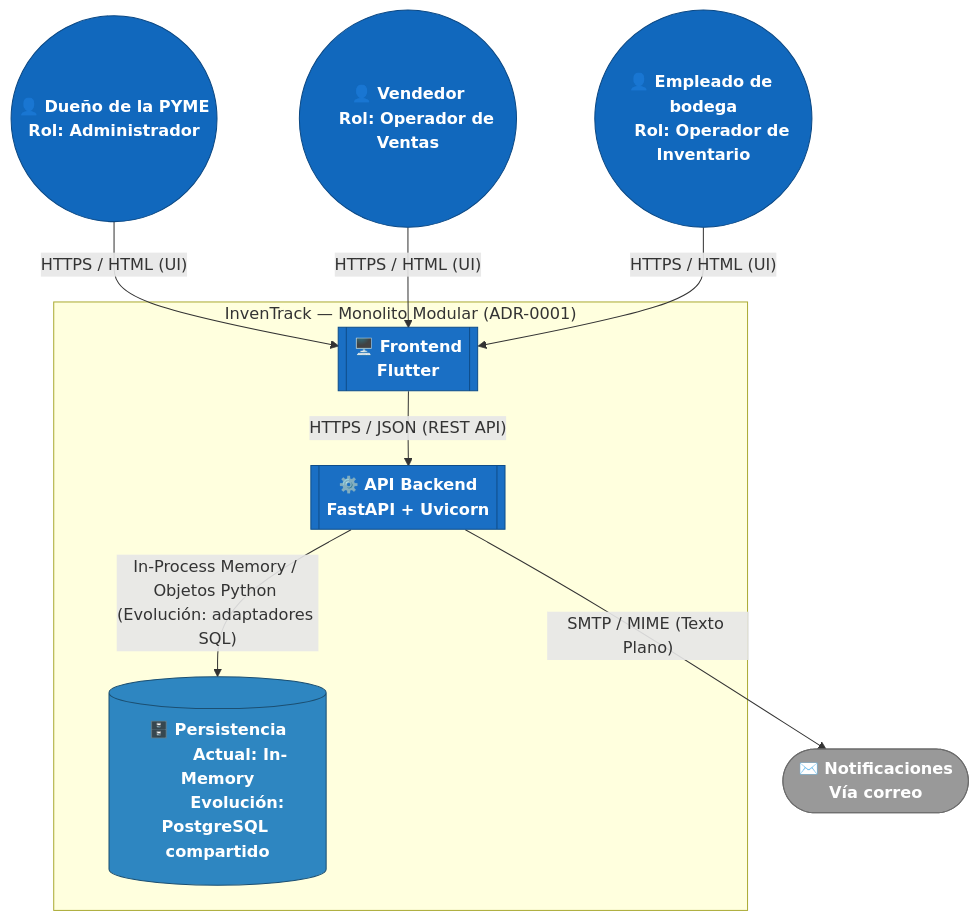
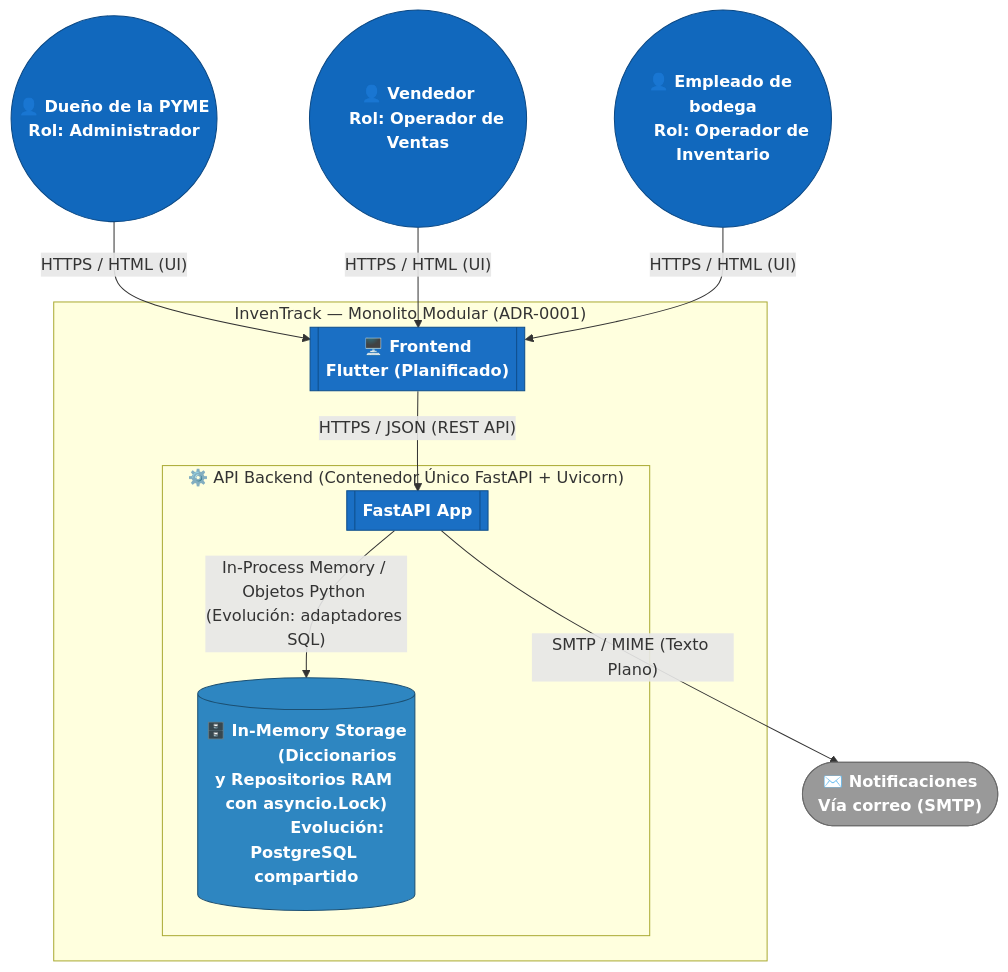
One commit to ISCOUTB/AS_202620_InvenTrack changed the first of 2 diagrams in docs/c4/containers.md. Above: the diagram before and after it, drawn with Mermaid. The commit also changed other lines of this file and 2 other files, not shown here.

Commit message:
feat(docs): add ADR-0014 on in-memory storage selection, immutability of movements, and cost quantification for reversion

````diff
--- a/docs/c4/containers.md
+++ b/docs/c4/containers.md
@@ -9,39 +9,41 @@
 ```mermaid
 flowchart TB
     Dueno(("👤 Dueño de la PYME
     Rol: Administrador"))
     Vendedor(("👤 Vendedor
     Rol: Operador de Ventas"))
     Empleado(("👤 Empleado de bodega
     Rol: Operador de Inventario"))
 
     subgraph InvenTrack["InvenTrack — Monolito Modular (ADR-0001)"]
         Web[["🖥️ Frontend
-        Flutter"]]
-        Api[["⚙️ API Backend
-        FastAPI + Uvicorn"]]
-        Db[("🗄️ Persistencia
-        Actual: In-Memory
-        Evolución: PostgreSQL compartido")]
+        Flutter (Planificado)"]]
+        
+        subgraph ApiContainer ["⚙️ API Backend (Contenedor Único FastAPI + Uvicorn)"]
+            Api[["FastAPI App"]]
+            Db[("🗄️ In-Memory Storage
+            (Diccionarios y Repositorios RAM con asyncio.Lock)
+            Evolución: PostgreSQL compartido")]
+        end
     end
 
     Notif(["✉️ Notificaciones
-    Vía correo"])
+    Vía correo (SMTP)"])
 
     Dueno -- "HTTPS / HTML (UI)" --> Web
     Vendedor -- "HTTPS / HTML (UI)" --> Web
     Empleado -- "HTTPS / HTML (UI)" --> Web
     Web -- "HTTPS / JSON (REST API)" --> Api
     Api -- "In-Process Memory / Objetos Python (Evolución: adaptadores SQL)" --> Db
     Api -- "SMTP / MIME (Texto Plano)" --> Notif
 
     classDef person fill:#1168bd,stroke:#0b4884,color:#ffffff,font-weight:bold
     classDef container fill:#1a6fc4,stroke:#0e4d8a,color:#ffffff,font-weight:bold
     classDef db fill:#2e86c1,stroke:#1b4f72,color:#ffffff,font-weight:bold
     classDef external fill:#999999,stroke:#6b6b6b,color:#ffffff,font-weight:bold
 
     class Dueno,Vendedor,Empleado person
     class Web,Api container
     class Db db
     class Notif external
 ```
````
